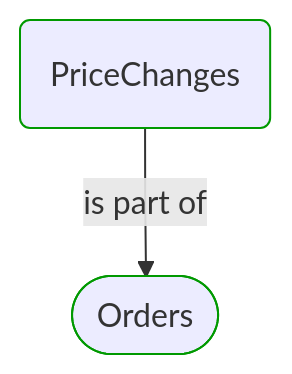
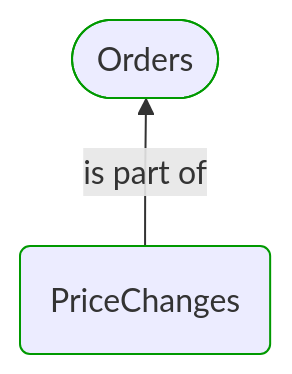
The first of 5 diagrams in Docs/P3/MermaidOutput/Modules/Sales/Orders/PriceChanges/PriceChanges.md (itlibrium/DDD-starter-dotnet), drawn with Mermaid before and after one commit. The commit also changed other lines of this file and 174 other files, not shown here.

````diff
--- a/Docs/P3/MermaidOutput/Modules/Sales/Orders/PriceChanges/PriceChanges.md
+++ b/Docs/P3/MermaidOutput/Modules/Sales/Orders/PriceChanges/PriceChanges.md
@@ -20,11 +20,14 @@
 ```mermaid
   flowchart TB
-    0(PriceChanges)
+    0([Orders])
     class 0 DomainPerspective
-    1([Orders])
+    1(PriceChanges)
     class 1 DomainPerspective
-    0-->|is part of|1
+    0---1
+    1-->|is part of|0
+    1---0
+    linkStyle 0,2 stroke:none
     classDef DomainPerspective stroke:#009900
     classDef TechnologyPerspective stroke:#1F41EB
     classDef PeoplePerspective stroke:#FFF014
 ```
````
